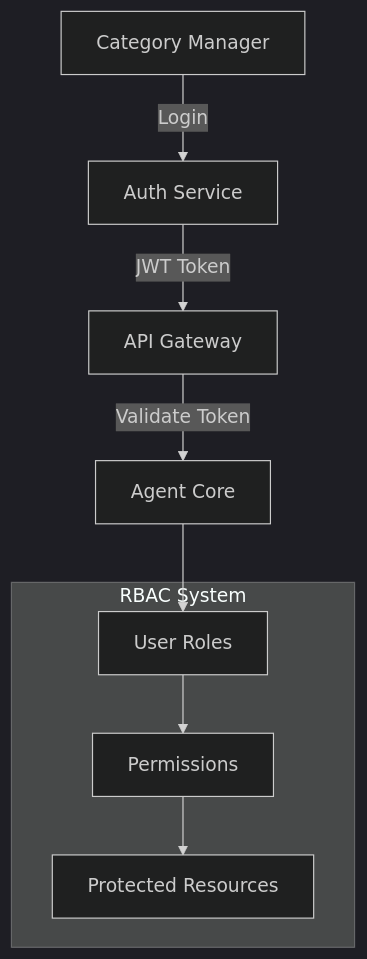
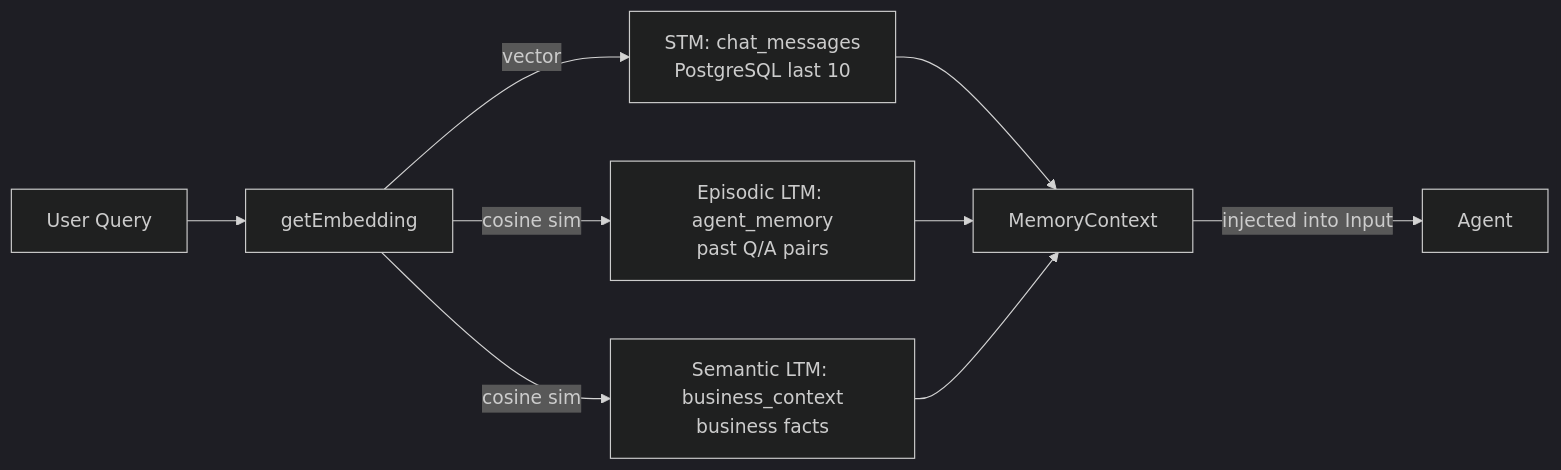
One commit to debmalyaroy/ai-cm changed the third of 3 diagrams in design.md. Above: the diagram before and after it, drawn with Mermaid (dark theme). The commit also changed other lines of this file and 3 other files, not shown here.

````diff
--- a/design.md
+++ b/design.md
@@ -762,16 +433,12 @@
 ```mermaid
-graph TD
-    User[Category Manager] -->|Login| Auth[Auth Service]
-    Auth -->|JWT Token| Gateway[API Gateway]
-    Gateway -->|Validate Token| AgentCore[Agent Core]
-    
-    subgraph "RBAC System"
-        Roles[User Roles]
-        Permissions[Permissions]
-        Resources[Protected Resources]
-    end
-    
-    AgentCore --> Roles
-    Roles --> Permissions
-    Permissions --> Resources
+graph LR
+    Query[User Query] --> Embed[getEmbedding]
+    Embed -->|vector| STM[STM: chat_messages\nPostgreSQL last 10]
+    Embed -->|cosine sim| LTM_E[Episodic LTM: agent_memory\npast Q/A pairs]
+    Embed -->|cosine sim| LTM_S[Semantic LTM: business_context\nbusiness facts]
+
+    STM --> MC[MemoryContext]
+    LTM_E --> MC
+    LTM_S --> MC
+    MC -->|injected into Input| Agent
 ```
````
